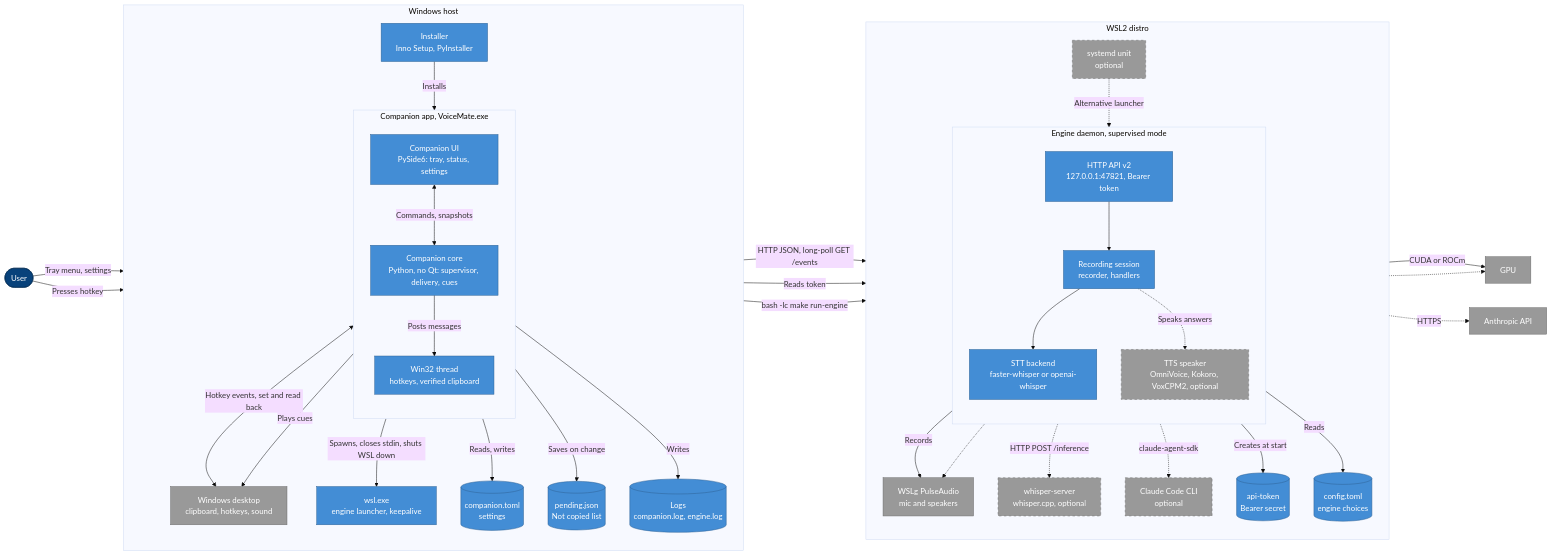
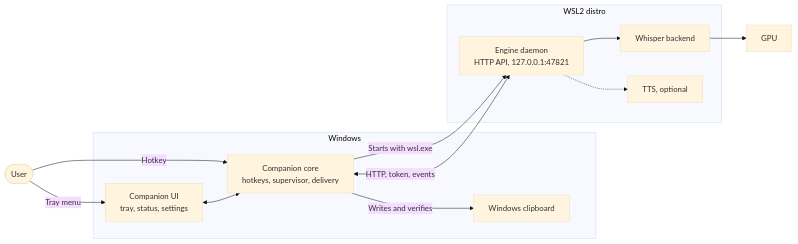
The second of 5 diagrams in README.md (nano-br/voice-mate), drawn with Mermaid (base theme) before and after one commit. The commit also changed other lines of this file and 2 other files, not shown here.

First line of the commit message:
docs(readme): use simplified overview diagrams and pin Ubuntu 24.04

````diff
--- a/README.md
+++ b/README.md
@@ -193,79 +175,23 @@
 ```mermaid
 flowchart LR
     user(["User"])
-
-    subgraph windows["Windows host"]
-        direction TB
-        installer["Installer<br/>Inno Setup, PyInstaller"]
-        subgraph companion["Companion app, VoiceMate.exe"]
-            direction TB
-            ui["Companion UI<br/>PySide6: tray, status, settings"]
-            core["Companion core<br/>Python, no Qt: supervisor, delivery, cues"]
-            w32["Win32 thread<br/>hotkeys, verified clipboard"]
-        end
-        wslexe["wsl.exe<br/>engine launcher, keepalive"]
-        desk["Windows desktop<br/>clipboard, hotkeys, sound"]
-        toml[("companion.toml<br/>settings")]
-        pending[("pending.json<br/>Not copied list")]
-        logs[("Logs<br/>companion.log, engine.log")]
+    subgraph win["Windows"]
+        ui["Companion UI<br/>tray, status, settings"]
+        core["Companion core<br/>hotkeys, supervisor, delivery"]
+        clip["Windows clipboard"]
     end
-
-    subgraph wsl2["WSL2 distro"]
-        direction TB
-        subgraph daemon["Engine daemon, supervised mode"]
-            direction TB
-            api["HTTP API v2<br/>127.0.0.1:47821, Bearer token"]
-            engine["Recording session<br/>recorder, handlers"]
-            stt["STT backend<br/>faster-whisper or openai-whisper"]
-            tts["TTS speaker<br/>OmniVoice, Kokoro, VoxCPM2, optional"]
-        end
-        wserver["whisper-server<br/>whisper.cpp, optional"]
-        claude["Claude Code CLI<br/>optional"]
-        pulse["WSLg PulseAudio<br/>mic and speakers"]
-        cfg[("config.toml<br/>engine choices")]
-        token[("api-token<br/>Bearer secret")]
-        unit["systemd unit<br/>optional"]
+    subgraph wsl["WSL2 distro"]
+        api["Engine daemon<br/>HTTP API, 127.0.0.1:47821"]
+        stt["Whisper backend"]
+        tts["TTS, optional"]
     end
-
     gpu["GPU"]
-    anthropic["Anthropic API"]
-
-    user -->|"Tray menu, settings"| ui
-    user -->|"Presses hotkey"| desk
-    installer -->|"Installs"| companion
-    ui <-->|"Commands, snapshots"| core
-    core -->|"Posts messages"| w32
-    w32 <-->|"Hotkey events, set and read back"| desk
-    core -->|"Plays cues"| desk
-    core -->|"HTTP JSON, long-poll GET /events"| api
-    core -->|"Spawns, closes stdin, shuts WSL down"| wslexe
-    wslexe -->|"bash -lc make run-engine"| daemon
-    wslexe -->|"Reads token"| token
-    core -->|"Reads, writes"| toml
-    core -->|"Saves on change"| pending
-    core -->|"Writes"| logs
-    api --> engine
-    engine -->|"Records"| pulse
-    engine --> stt
-    stt -->|"CUDA or ROCm"| gpu
-    engine -.->|"HTTP POST /inference"| wserver
-    wserver -.-> gpu
-    engine -.->|"claude-agent-sdk"| claude
-    claude -.->|"HTTPS"| anthropic
-    engine -.->|"Speaks answers"| tts
-    tts -.-> pulse
-    daemon -->|"Creates at start"| token
-    daemon -->|"Reads"| cfg
-    unit -.->|"Alternative launcher"| daemon
-
-    classDef person fill:#08427b,stroke:#052e56,color:#ffffff
-    classDef container fill:#438dd5,stroke:#2e6295,color:#ffffff
-    classDef store fill:#438dd5,stroke:#2e6295,color:#ffffff
-    classDef external fill:#999999,stroke:#6b6b6b,color:#ffffff
-    classDef optional fill:#999999,stroke:#6b6b6b,color:#ffffff,stroke-dasharray:5 5
-    class user person
-    class installer,ui,core,w32,wslexe,api,engine,stt container
-    class toml,pending,logs,cfg,token store
-    class desk,pulse,gpu,anthropic external
-    class wserver,claude,tts,unit optional
+    user -->|"Tray menu"| ui
+    user -->|"Hotkey"| core
+    ui <--> core
+    core -->|"Writes and verifies"| clip
+    core -->|"Starts with wsl.exe"| api
+    core <-->|"HTTP, token, events"| api
+    api --> stt --> gpu
+    api -.-> tts
 ```
````
